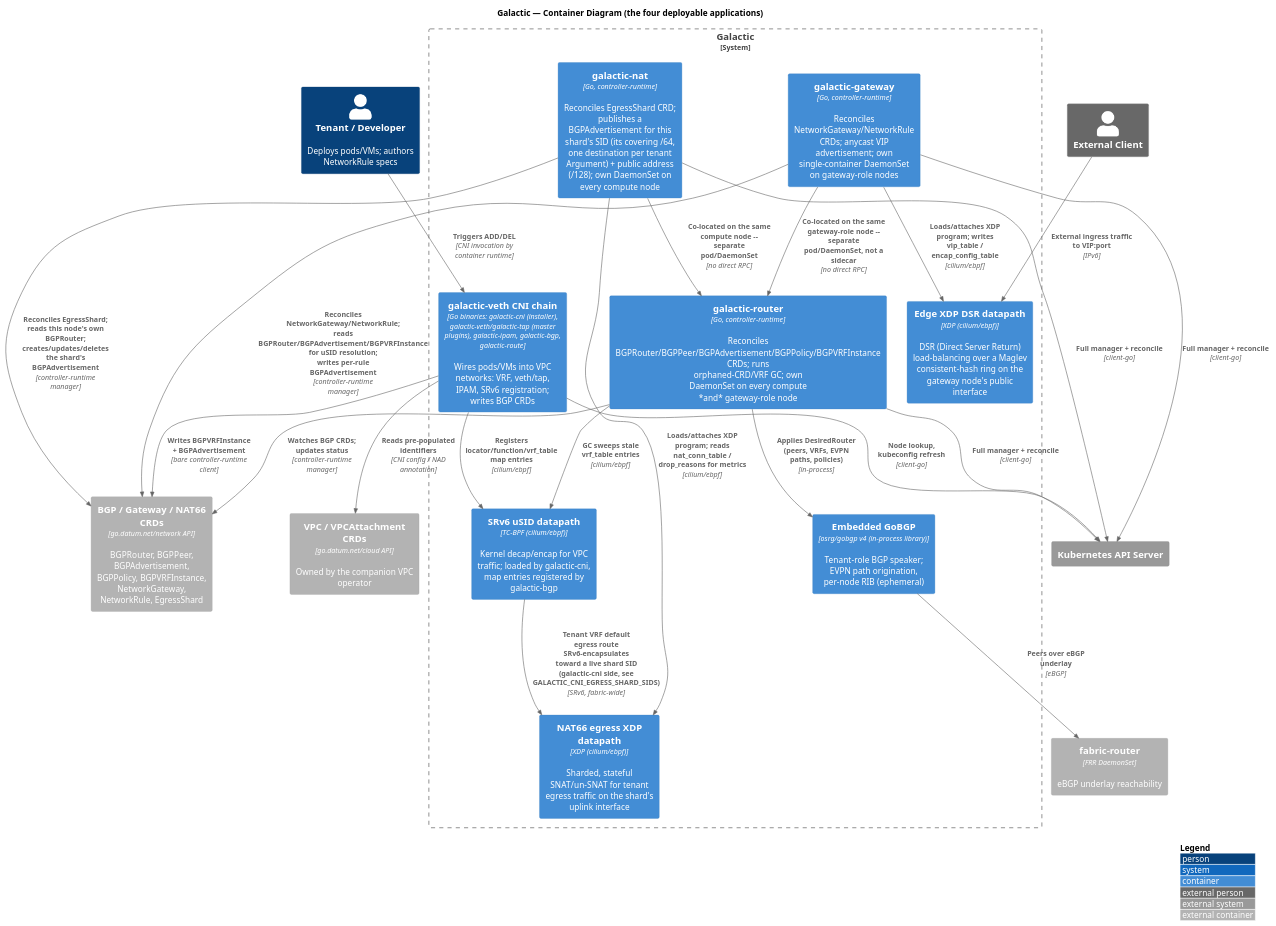
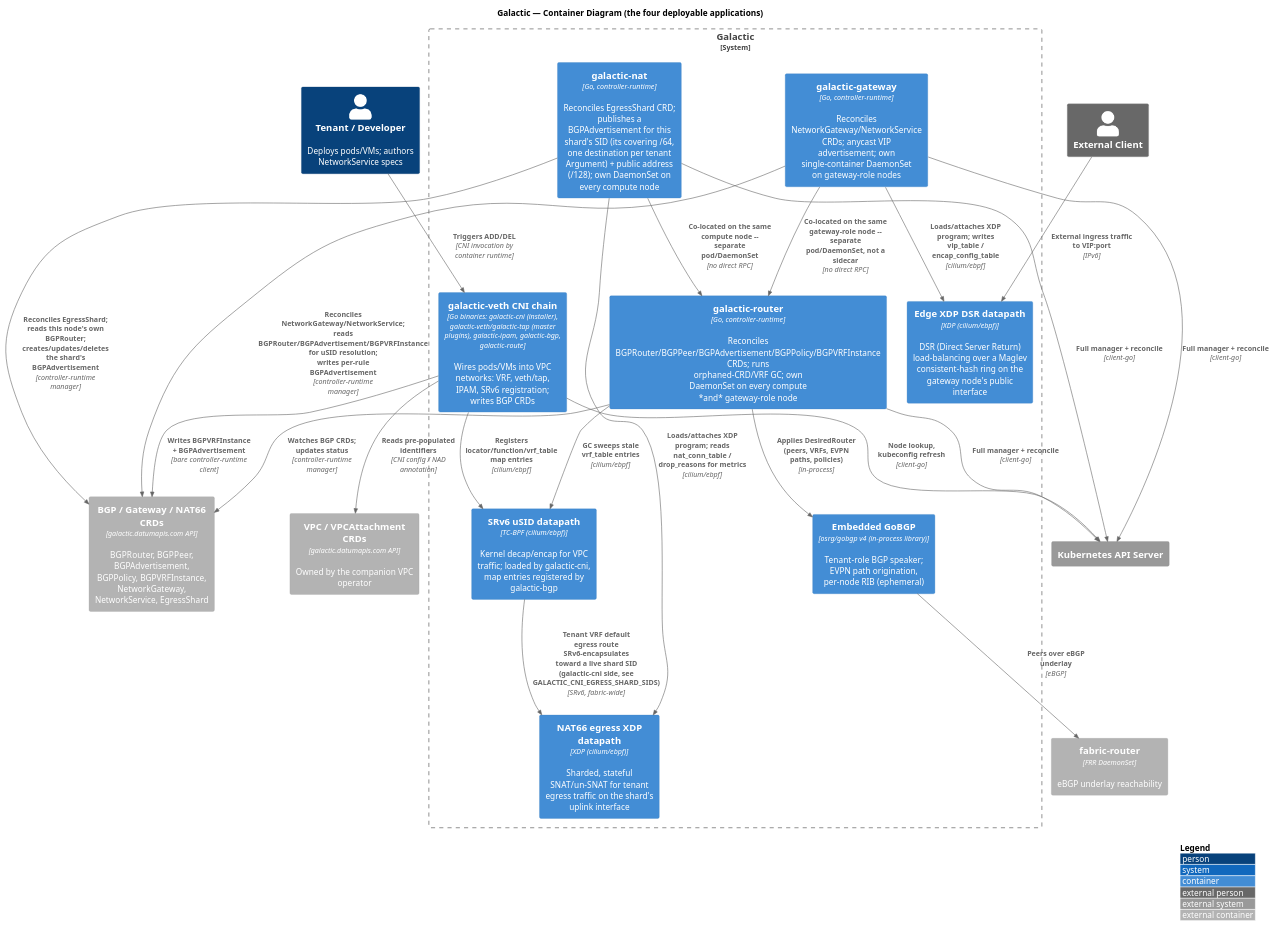
The diagram in docs/architecture/containers.puml (datum-cloud/galactic), drawn with PlantUML before and after one commit. The commit also changed 297 other files, not shown here.

First line of the commit message:
Consolidate cloud and network APIs into Galactic

```diff
--- a/docs/architecture/containers.puml
+++ b/docs/architecture/containers.puml
@@ -1,59 +1,59 @@
 @startuml containers
 !include https://raw.githubusercontent.com/plantuml-stdlib/C4-PlantUML/master/C4_Container.puml
 
 LAYOUT_WITH_LEGEND()
 
 title Galactic — Container Diagram (the four deployable applications)
 
-Person(tenant, "Tenant / Developer", "Deploys pods/VMs; authors NetworkRule specs")
+Person(tenant, "Tenant / Developer", "Deploys pods/VMs; authors NetworkService specs")
 Person_Ext(client, "External Client")
 
 System_Boundary(galactic, "Galactic") {
     Container(cnichain, "galactic-veth CNI chain", "Go binaries: galactic-cni (installer), galactic-veth/galactic-tap (master plugins), galactic-ipam, galactic-bgp, galactic-route", "Wires pods/VMs into VPC networks: VRF, veth/tap, IPAM, SRv6 registration; writes BGP CRDs")
     Container(usidbpf, "SRv6 uSID datapath", "TC-BPF (cilium/ebpf)", "Kernel decap/encap for VPC traffic; loaded by galactic-cni, map entries registered by galactic-bgp")
 
     Container(router, "galactic-router", "Go, controller-runtime", "Reconciles BGPRouter/BGPPeer/BGPAdvertisement/BGPPolicy/BGPVRFInstance CRDs; runs orphaned-CRD/VRF GC; own DaemonSet on every compute *and* gateway-role node")
     Container(gobgp, "Embedded GoBGP", "osrg/gobgp v4 (in-process library)", "Tenant-role BGP speaker; EVPN path origination, per-node RIB (ephemeral)")
 
-    Container(gateway, "galactic-gateway", "Go, controller-runtime", "Reconciles NetworkGateway/NetworkRule CRDs; anycast VIP advertisement; own single-container DaemonSet on gateway-role nodes")
+    Container(gateway, "galactic-gateway", "Go, controller-runtime", "Reconciles NetworkGateway/NetworkService CRDs; anycast VIP advertisement; own single-container DaemonSet on gateway-role nodes")
     Container(edgebpf, "Edge XDP DSR datapath", "XDP (cilium/ebpf)", "DSR (Direct Server Return) load-balancing over a Maglev consistent-hash ring on the gateway node's public interface")
 
     Container(nat66, "galactic-nat", "Go, controller-runtime", "Reconciles EgressShard CRD; publishes a BGPAdvertisement for this shard's SID (its covering /64, one destination per tenant Argument) + public address (/128); own DaemonSet on every compute node")
     Container(nat66bpf, "NAT66 egress XDP datapath", "XDP (cilium/ebpf)", "Sharded, stateful SNAT/un-SNAT for tenant egress traffic on the shard's uplink interface")
 }
 
-Container_Ext(crds, "BGP / Gateway / NAT66 CRDs", "go.datum.net/network API", "BGPRouter, BGPPeer, BGPAdvertisement, BGPPolicy, BGPVRFInstance, NetworkGateway, NetworkRule, EgressShard")
-Container_Ext(vpccrds, "VPC / VPCAttachment CRDs", "go.datum.net/cloud API", "Owned by the companion VPC operator")
+Container_Ext(crds, "BGP / Gateway / NAT66 CRDs", "galactic.datumapis.com API", "BGPRouter, BGPPeer, BGPAdvertisement, BGPPolicy, BGPVRFInstance, NetworkGateway, NetworkService, EgressShard")
+Container_Ext(vpccrds, "VPC / VPCAttachment CRDs", "galactic.datumapis.com API", "Owned by the companion VPC operator")
 Container_Ext(fabric, "fabric-router", "FRR DaemonSet", "eBGP underlay reachability")
 System_Ext(k8sapi, "Kubernetes API Server")
 
 ' CNI chain internals
 Rel(tenant, cnichain, "Triggers ADD/DEL", "CNI invocation by container runtime")
 Rel(cnichain, vpccrds, "Reads pre-populated identifiers", "CNI config / NAD annotation")
 Rel(cnichain, crds, "Writes BGPVRFInstance + BGPAdvertisement", "bare controller-runtime client")
 Rel(cnichain, usidbpf, "Registers locator/function/vrf_table map entries", "cilium/ebpf")
 
 ' Router internals
 Rel(router, crds, "Watches BGP CRDs; updates status", "controller-runtime manager")
 Rel(router, gobgp, "Applies DesiredRouter (peers, VRFs, EVPN paths, policies)", "in-process")
 Rel(router, usidbpf, "GC sweeps stale vrf_table entries", "cilium/ebpf")
 Rel(gobgp, fabric, "Peers over eBGP underlay", "eBGP")
 
 ' Gateway internals
-Rel(gateway, crds, "Reconciles NetworkGateway/NetworkRule; reads BGPRouter/BGPAdvertisement/BGPVRFInstance for uSID resolution; writes per-rule BGPAdvertisement", "controller-runtime manager")
+Rel(gateway, crds, "Reconciles NetworkGateway/NetworkService; reads BGPRouter/BGPAdvertisement/BGPVRFInstance for uSID resolution; writes per-rule BGPAdvertisement", "controller-runtime manager")
 Rel(gateway, edgebpf, "Loads/attaches XDP program; writes vip_table / encap_config_table", "cilium/ebpf")
 Rel(client, edgebpf, "External ingress traffic to VIP:port", "IPv6")
 Rel(gateway, router, "Co-located on the same gateway-role node -- separate pod/DaemonSet, not a sidecar", "no direct RPC")
 
 ' NAT66 internals
 Rel(nat66, crds, "Reconciles EgressShard; reads this node's own BGPRouter; creates/updates/deletes the shard's BGPAdvertisement", "controller-runtime manager")
 Rel(nat66, nat66bpf, "Loads/attaches XDP program; reads nat_conn_table / drop_reasons for metrics", "cilium/ebpf")
 Rel(usidbpf, nat66bpf, "Tenant VRF default egress route SRv6-encapsulates toward a live shard SID (galactic-cni side, see GALACTIC_CNI_EGRESS_SHARD_SIDS)", "SRv6, fabric-wide")
 Rel(nat66, router, "Co-located on the same compute node -- separate pod/DaemonSet", "no direct RPC")
 
 Rel(cnichain, k8sapi, "Node lookup, kubeconfig refresh", "client-go")
 Rel(router, k8sapi, "Full manager + reconcile", "client-go")
 Rel(gateway, k8sapi, "Full manager + reconcile", "client-go")
 Rel(nat66, k8sapi, "Full manager + reconcile", "client-go")
 
 @enduml
```
